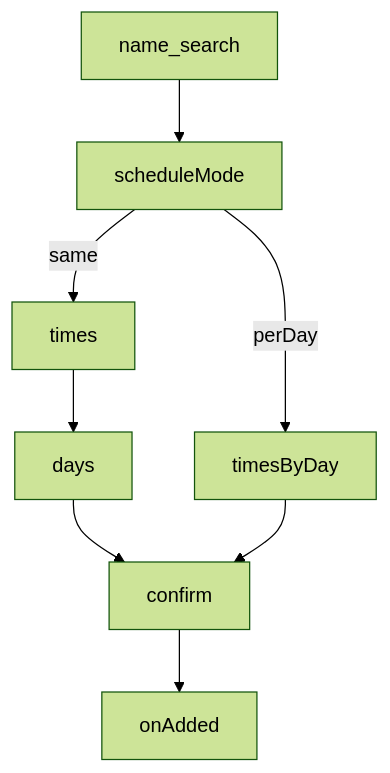
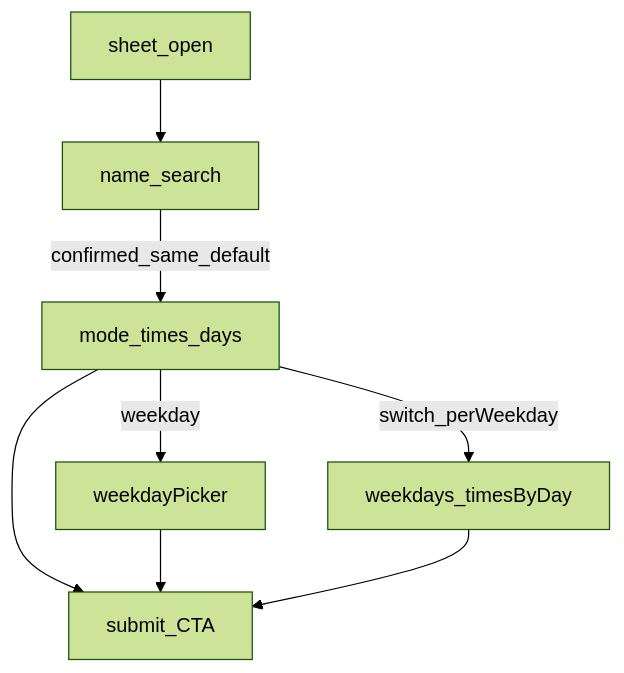
The second of 2 diagrams in docs/brand/funnels.md (gogleset/yakmuk), drawn with Mermaid (forest theme) before and after one commit. The commit also changed other lines of this file and 7 other files, not shown here.

````diff
--- a/docs/brand/funnels.md
+++ b/docs/brand/funnels.md
@@ -119,10 +119,10 @@
 ```mermaid
 flowchart TB
-  S1[name_search] --> S2[scheduleMode]
-  S2 -->|same| S3a[times]
-  S3a --> S4[days]
-  S4 --> S5[confirm]
-  S2 -->|perDay| S3b[timesByDay]
-  S3b --> S5
-  S5 --> Saved[onAdded]
+  open[sheet_open] --> name[name_search]
+  name -->|confirmed_same_default| sameBlock[mode_times_days]
+  sameBlock -->|weekday| picker[weekdayPicker]
+  sameBlock -->|switch_perWeekday| perBlock[weekdays_timesByDay]
+  sameBlock --> save[submit_CTA]
+  picker --> save
+  perBlock --> save
 ```
````
